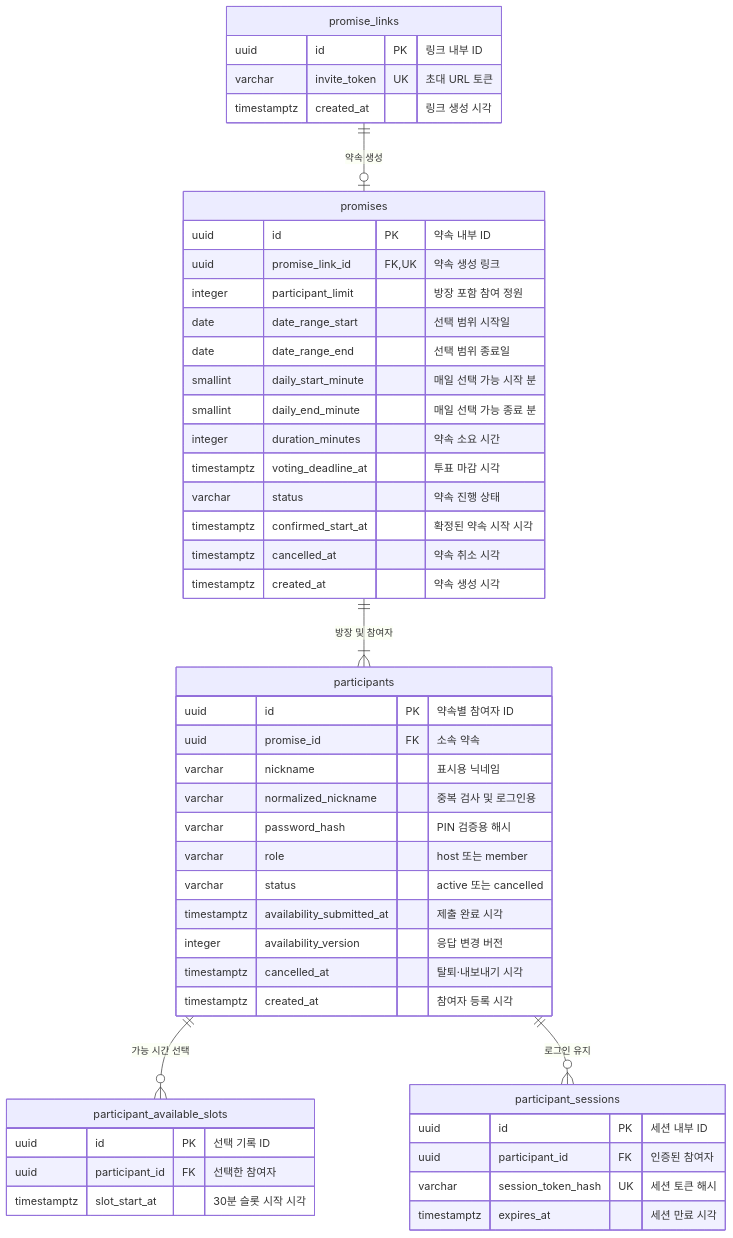
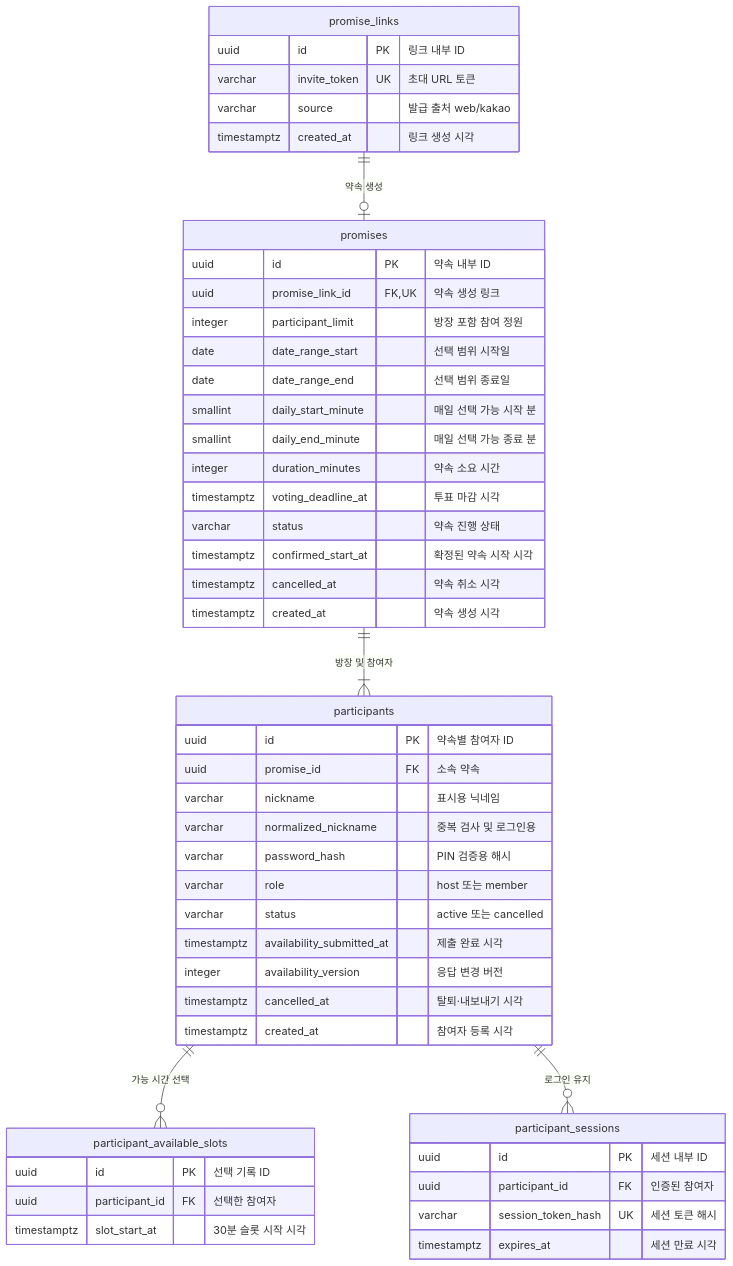
Before and after one commit to zeus1560/yaksok: the diagram in docs/architecture/DATABASE.md, drawn with Mermaid. The commit also changed other lines of this file and 5 other files, not shown here.

````diff
--- a/docs/architecture/DATABASE.md
+++ b/docs/architecture/DATABASE.md
@@ -30,52 +30,53 @@
 ```mermaid
 erDiagram
     promise_links ||--o| promises : "약속 생성"
     promises ||--|{ participants : "방장 및 참여자"
     participants ||--o{ participant_available_slots : "가능 시간 선택"
     participants ||--o{ participant_sessions : "로그인 유지"
 
     promise_links {
         uuid id PK "링크 내부 ID"
         varchar invite_token UK "초대 URL 토큰"
+        varchar source "발급 출처 web/kakao"
         timestamptz created_at "링크 생성 시각"
     }
     promises {
         uuid id PK "약속 내부 ID"
         uuid promise_link_id FK,UK "약속 생성 링크"
         integer participant_limit "방장 포함 참여 정원"
         date date_range_start "선택 범위 시작일"
         date date_range_end "선택 범위 종료일"
         smallint daily_start_minute "매일 선택 가능 시작 분"
         smallint daily_end_minute "매일 선택 가능 종료 분"
         integer duration_minutes "약속 소요 시간"
         timestamptz voting_deadline_at "투표 마감 시각"
         varchar status "약속 진행 상태"
         timestamptz confirmed_start_at "확정된 약속 시작 시각"
         timestamptz cancelled_at "약속 취소 시각"
         timestamptz created_at "약속 생성 시각"
     }
     participants {
         uuid id PK "약속별 참여자 ID"
         uuid promise_id FK "소속 약속"
         varchar nickname "표시용 닉네임"
         varchar normalized_nickname "중복 검사 및 로그인용"
         varchar password_hash "PIN 검증용 해시"
         varchar role "host 또는 member"
         varchar status "active 또는 cancelled"
         timestamptz availability_submitted_at "제출 완료 시각"
         integer availability_version "응답 변경 버전"
         timestamptz cancelled_at "탈퇴·내보내기 시각"
         timestamptz created_at "참여자 등록 시각"
     }
     participant_available_slots {
         uuid id PK "선택 기록 ID"
         uuid participant_id FK "선택한 참여자"
         timestamptz slot_start_at "30분 슬롯 시작 시각"
     }
     participant_sessions {
         uuid id PK "세션 내부 ID"
         uuid participant_id FK "인증된 참여자"
         varchar session_token_hash UK "세션 토큰 해시"
         timestamptz expires_at "세션 만료 시각"
     }
 ```
````
